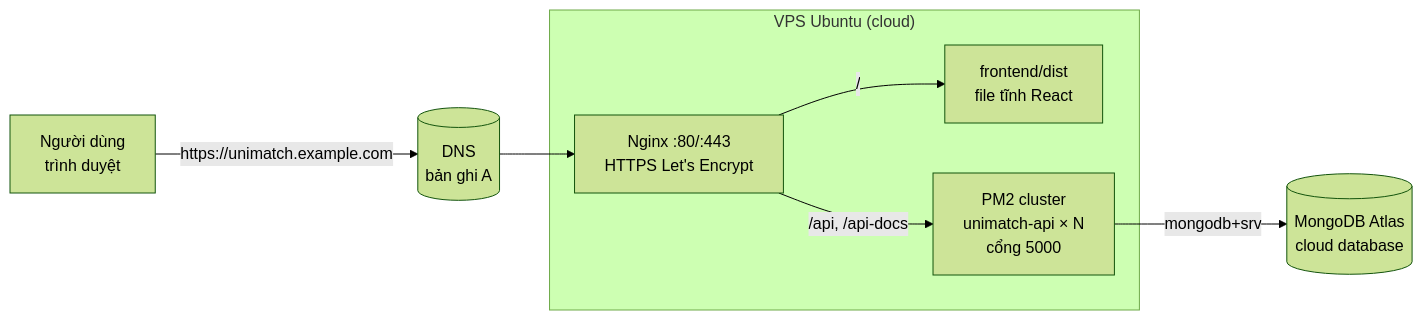
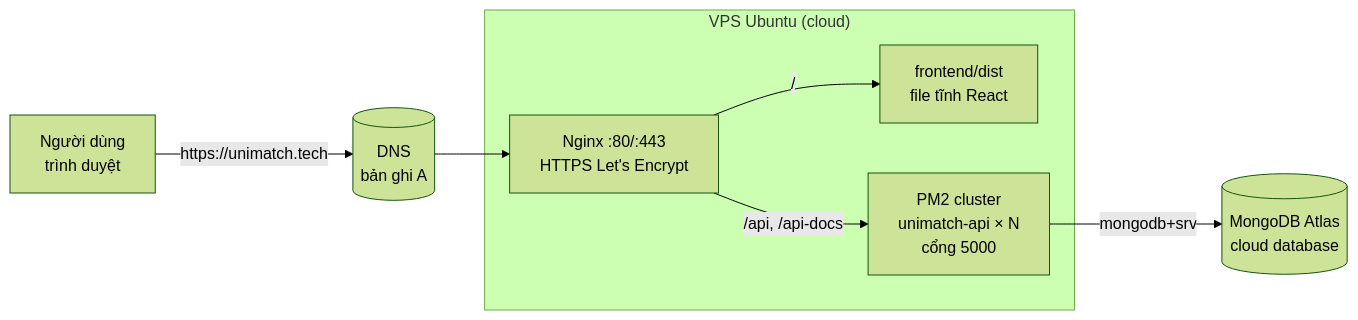
One commit to 24521912-source/university-finder changed the diagram in docs/DEPLOYMENT.md. Above: the diagram before and after it, drawn with Mermaid (forest theme). The commit also changed other lines of this file and 1 other file, not shown here.

Commit message:
chore(deploy): point nginx config and docs at unimatch.tech

````diff
--- a/docs/DEPLOYMENT.md
+++ b/docs/DEPLOYMENT.md
@@ -8,11 +8,11 @@
 ```mermaid
 flowchart LR
-    U[Người dùng<br/>trình duyệt] -->|https://unimatch.example.com| DNS[(DNS<br/>bản ghi A)]
+    U[Người dùng<br/>trình duyệt] -->|https://unimatch.tech| DNS[(DNS<br/>bản ghi A)]
     DNS --> NG
     subgraph VPS["VPS Ubuntu (cloud)"]
         NG[Nginx :80/:443<br/>HTTPS Let's Encrypt]
         NG -->|"/"| FE[frontend/dist<br/>file tĩnh React]
         NG -->|"/api, /api-docs"| PM[PM2 cluster<br/>unimatch-api × N<br/>cổng 5000]
     end
     PM -->|mongodb+srv| DB[(MongoDB Atlas<br/>cloud database)]
 ```
````
